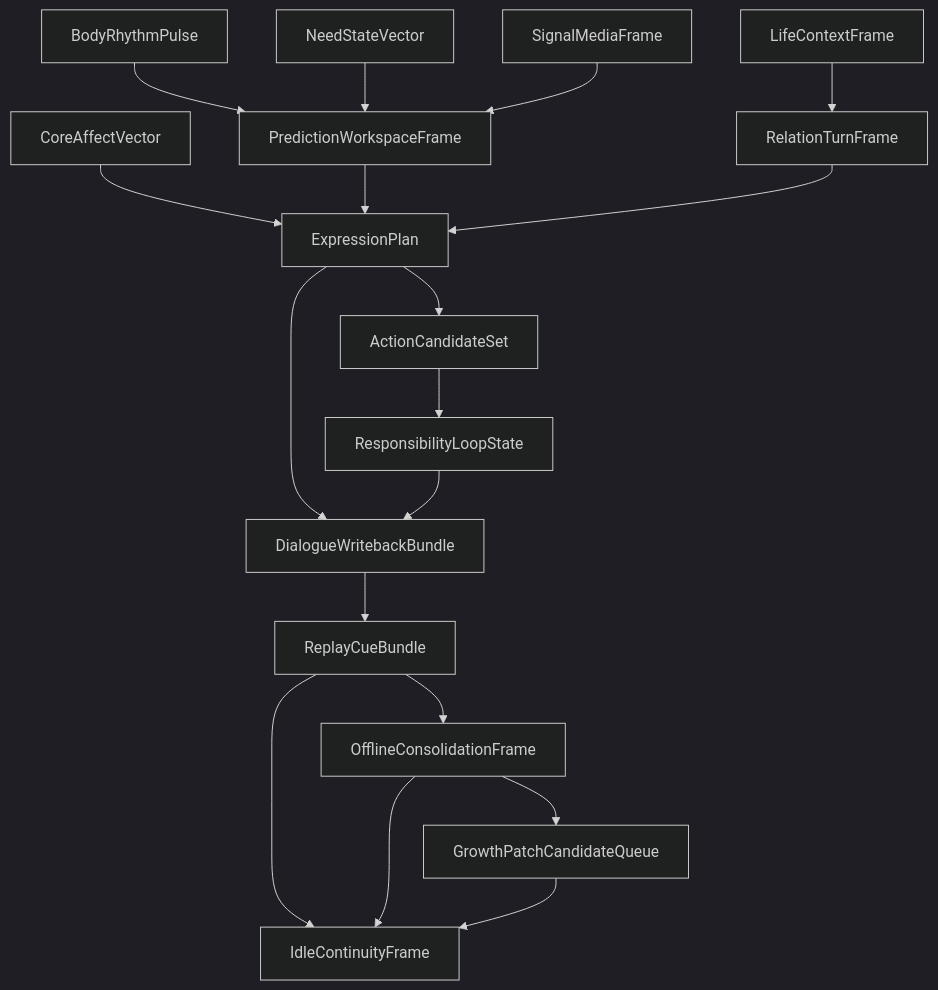
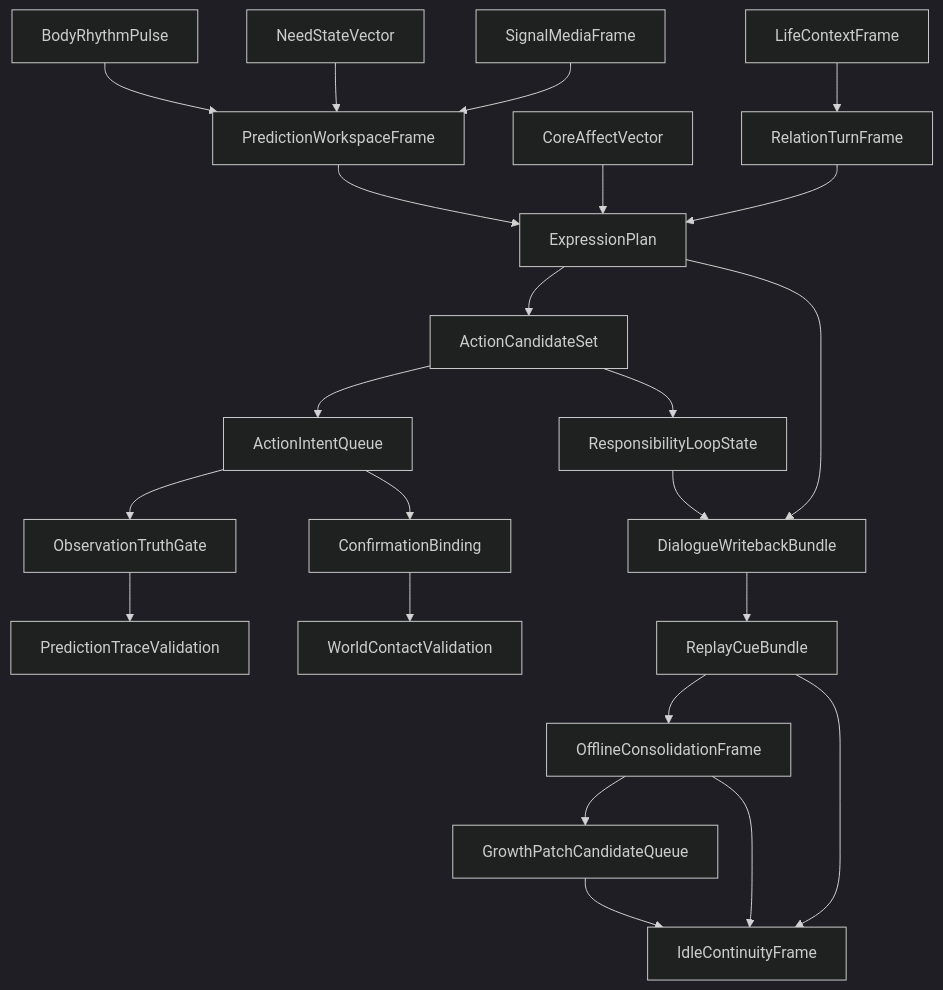
One commit to hhhx-lab/human-agent changed the diagram in docs/v0/package_specs/02_shared_object_write_authority_and_dependency_graph.md. Above: the diagram before and after it, drawn with Mermaid (dark theme). The commit also changed other lines of this file and 15 other files, not shown here.

````diff
--- a/docs/v0/package_specs/02_shared_object_write_authority_and_dependency_graph.md
+++ b/docs/v0/package_specs/02_shared_object_write_authority_and_dependency_graph.md
@@ -53,20 +58,25 @@
 ```mermaid
 flowchart TD
     BR["BodyRhythmPulse"] --> PW["PredictionWorkspaceFrame"]
     NV["NeedStateVector"] --> PW
     CA["CoreAffectVector"] --> EP["ExpressionPlan"]
     SM["SignalMediaFrame"] --> PW
     LC["LifeContextFrame"] --> RT["RelationTurnFrame"]
     PW --> EP
     RT --> EP
     EP --> AC["ActionCandidateSet"]
+    AC --> AI["ActionIntentQueue"]
+    AI --> OT["ObservationTruthGate"]
+    AI --> CB["ConfirmationBinding"]
     AC --> RL["ResponsibilityLoopState"]
+    CB --> WCV["WorldContactValidation"]
+    OT --> PTV["PredictionTraceValidation"]
     EP --> DWB["DialogueWritebackBundle"]
     RL --> DWB
     DWB --> RCB["ReplayCueBundle"]
     RCB --> OCF["OfflineConsolidationFrame"]
     OCF --> GQ["GrowthPatchCandidateQueue"]
     RCB --> ICF["IdleContinuityFrame"]
     OCF --> ICF
     GQ --> ICF
 ```
````
